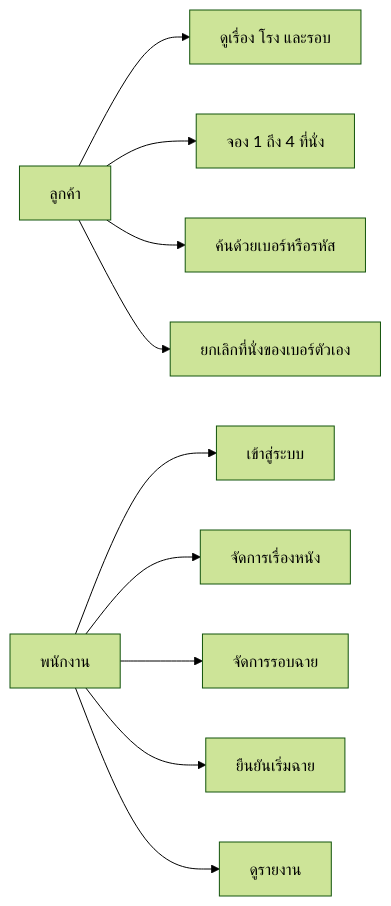
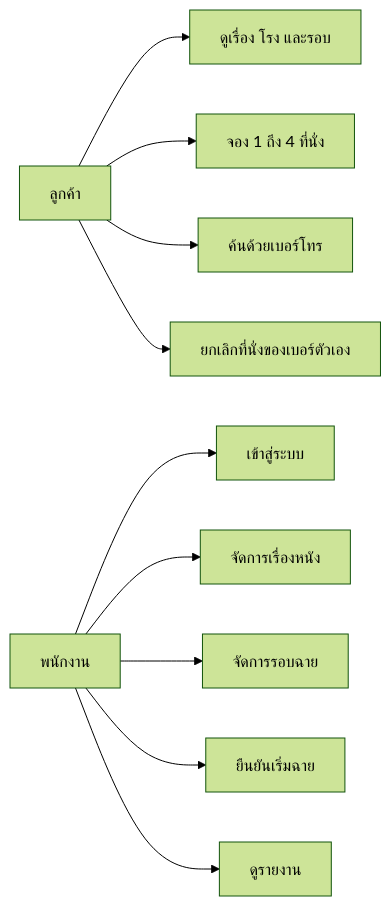
One commit to Phongphisut-Khenchat-Personal/NatureMiniPlex changed the second of 10 diagrams in docs/DESIGN.md. Above: the diagram before and after it, drawn with Mermaid (forest theme). The commit also changed 12 other files, not shown here.

````diff
--- a/docs/DESIGN.md
+++ b/docs/DESIGN.md
@@ -76,14 +76,14 @@
 ```mermaid
 flowchart LR
   customer[ลูกค้า]
   staff[พนักงาน]
   customer --> browse[ดูเรื่อง โรง และรอบ]
   customer --> book[จอง 1 ถึง 4 ที่นั่ง]
-  customer --> lookup[ค้นด้วยเบอร์หรือรหัส]
+  customer --> lookup[ค้นด้วยเบอร์โทร]
   customer --> cancel[ยกเลิกที่นั่งของเบอร์ตัวเอง]
   staff --> login[เข้าสู่ระบบ]
   staff --> movie[จัดการเรื่องหนัง]
   staff --> schedule[จัดการรอบฉาย]
   staff --> start[ยืนยันเริ่มฉาย]
   staff --> report[ดูรายงาน]
 ```
````
